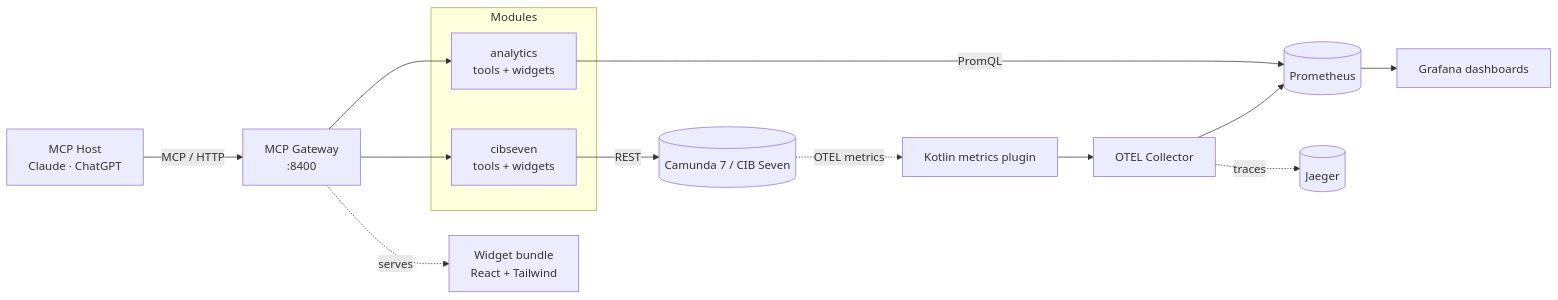
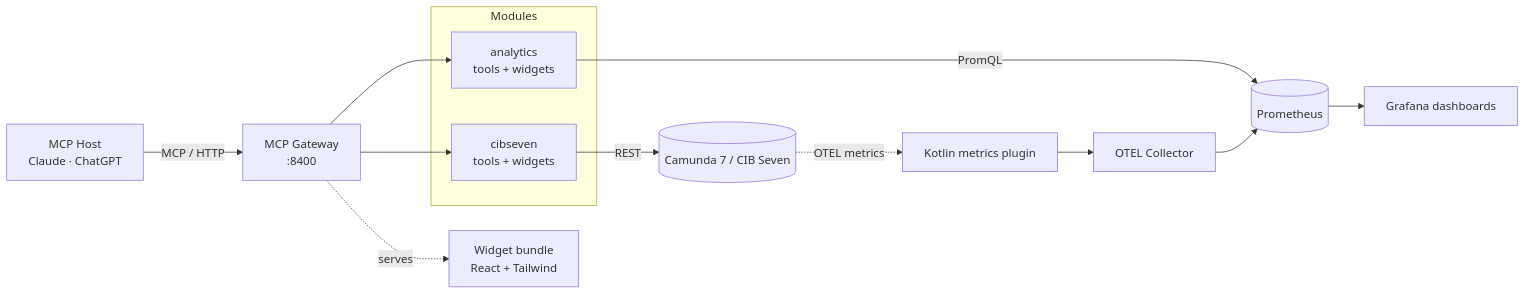
Before and after one commit to Miragon/miragon-ai: the diagram in docs/architecture.md, drawn with Mermaid. The commit also changed other lines of this file and 25 other files, not shown here.

First line of the commit message:
refactor: remove OTEL traces topic (eventbridge + Jaeger), keep metrics pipeline (#127)

````diff
--- a/docs/architecture.md
+++ b/docs/architecture.md
@@ -10,23 +10,22 @@
 ```mermaid
 flowchart LR
   Host[MCP Host<br/>Claude · ChatGPT] -->|MCP / HTTP| Server[MCP Gateway<br/>:8400]
 
   subgraph Modules
     Cibseven[cibseven<br/>tools + widgets]
     Analytics[analytics<br/>tools + widgets]
   end
 
   Server --> Cibseven
   Server --> Analytics
 
   Cibseven -->|REST| Engine[(Camunda 7 / CIB Seven)]
   Analytics -->|PromQL| Prom[(Prometheus)]
 
   Engine -. OTEL metrics .-> Plugin[Kotlin metrics plugin]
   Plugin --> Collector[OTEL Collector]
   Collector --> Prom
-  Collector -. traces .-> Jaeger[(Jaeger)]
   Prom --> Grafana[Grafana dashboards]
 
   Server -. serves .-> Widgets[Widget bundle<br/>React + Tailwind]
 ```
````
